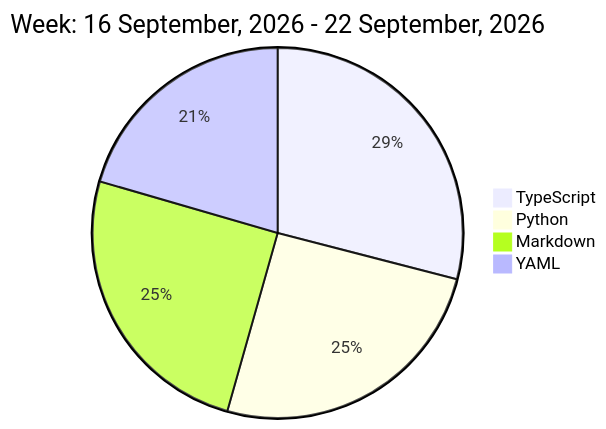
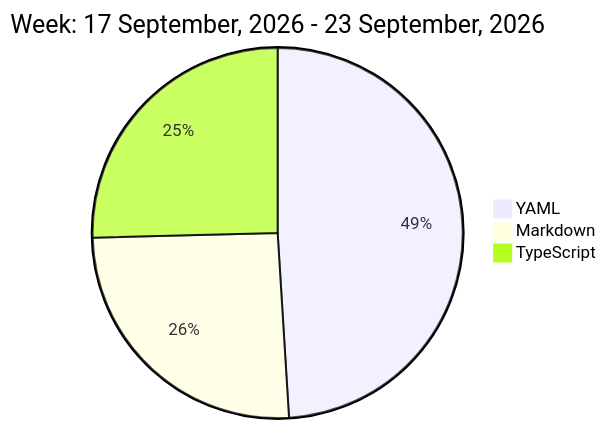
One commit to liubin95/liubin95 changed the diagram in README.md. Above: the diagram before and after it, drawn with Mermaid.

Commit message:
Updated the Graph with new Metrics

````diff
--- a/README.md
+++ b/README.md
@@ -32,8 +32,7 @@
 ```mermaid
  pie
-title Week: 16 September, 2026 - 22 September, 2026
- "TypeScript" : 4.6
- "Python" : 4.02
- "Markdown" : 3.98
- "YAML" : 3.25
+title Week: 17 September, 2026 - 23 September, 2026
+ "YAML" : 5.75
+ "Markdown" : 3.0
+ "TypeScript" : 2.98
 ```
````
